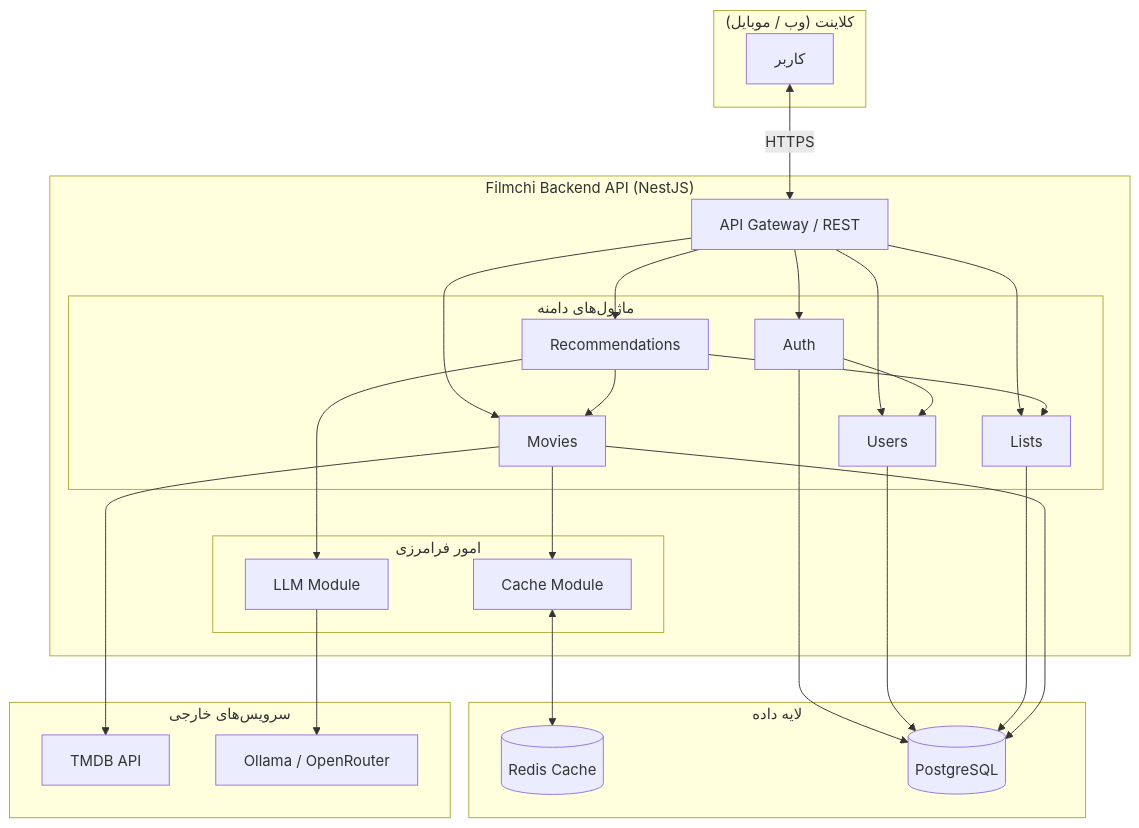
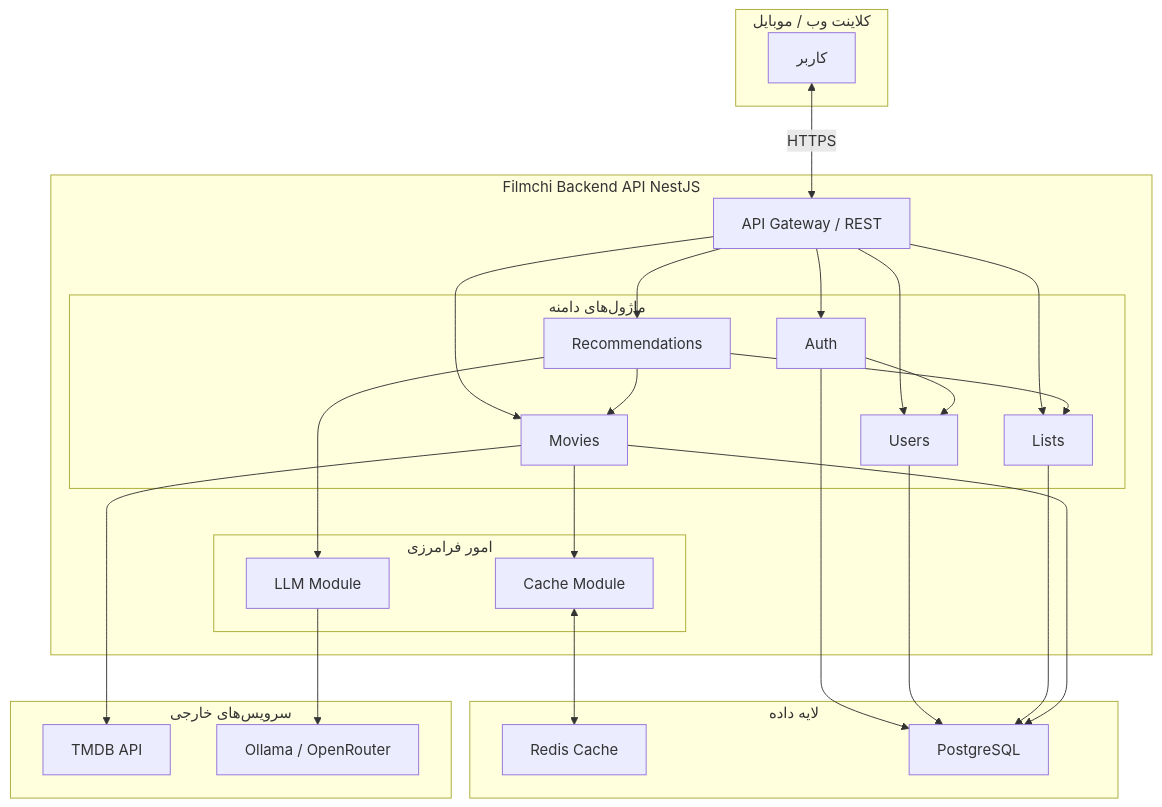
One commit to amirabedinii/Filmchi_Back changed the first of 3 diagrams in docs/03-Architecture.fa.md. Above: the diagram before and after it, drawn with Mermaid. The commit also changed other lines of this file and 1 other file, not shown here.

Commit message:
fix architecture doc

````diff
--- a/docs/03-Architecture.fa.md
+++ b/docs/03-Architecture.fa.md
@@ -13,54 +13,54 @@
 ```mermaid
 flowchart TB
-    subgraph Client["کلاینت (وب / موبایل)"]
+    subgraph Client["کلاینت وب / موبایل"]
         User[کاربر]
     end
 
-    subgraph FilmchiAPI["Filmchi Backend API (NestJS)"]
-        Gateway[API Gateway / REST]
+    subgraph FilmchiAPI["Filmchi Backend API NestJS"]
+        Gateway["API Gateway / REST"]
         
         subgraph Modules["ماژول‌های دامنه"]
             Auth[Auth]
             Users[Users]
             Movies[Movies]
             Lists[Lists]
             Recs[Recommendations]
         end
         
         subgraph CrossCutting["امور فرامرزی"]
-            CacheMod[Cache Module]
-            LLMMod[LLM Module]
+            CacheMod["Cache Module"]
+            LLMMod["LLM Module"]
         end
         
         Gateway --> Auth
         Gateway --> Users
         Gateway --> Movies
         Gateway --> Lists
         Gateway --> Recs
         
         Movies --> CacheMod
         Recs --> LLMMod
         Recs --> Lists
         Recs --> Movies
         Auth --> Users
     end
 
     subgraph Data["لایه داده"]
-        Redis[(Redis Cache)]
-        PG[(PostgreSQL)]
+        Redis["Redis Cache"]
+        PG["PostgreSQL"]
     end
 
     subgraph External["سرویس‌های خارجی"]
-        TMDB[TMDB API]
-        Ollama[Ollama / OpenRouter]
+        TMDB["TMDB API"]
+        Ollama["Ollama / OpenRouter"]
     end
 
     User <-->|HTTPS| Gateway
     CacheMod <--> Redis
     Auth --> PG
     Users --> PG
     Lists --> PG
     Movies --> PG
     Movies --> TMDB
     LLMMod --> Ollama
 ```
````
